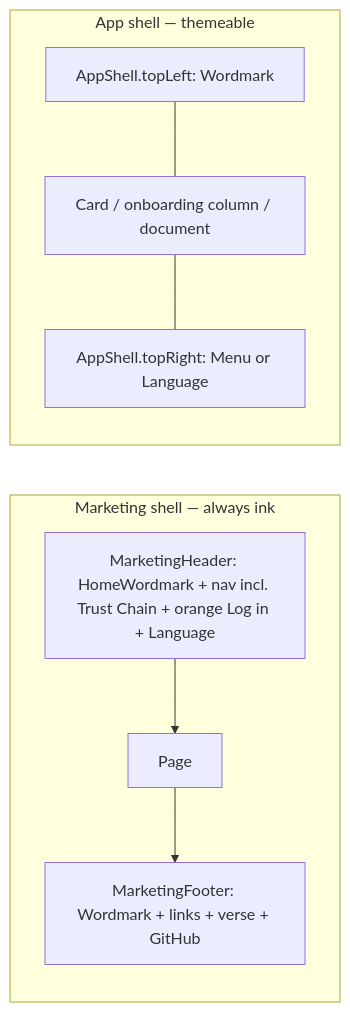
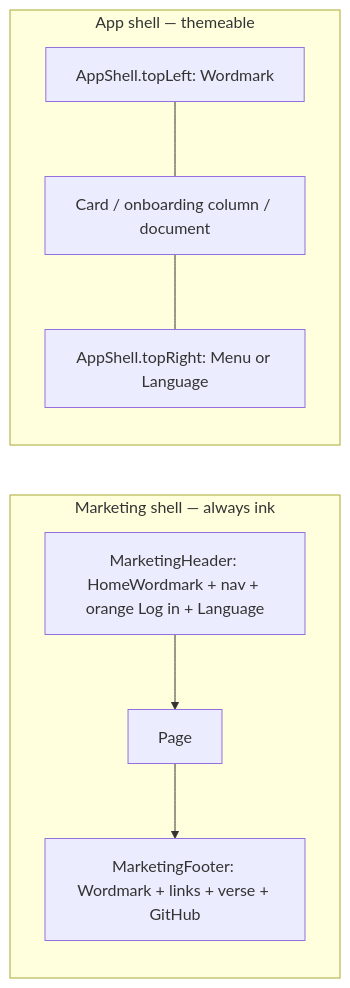
One commit to 21gifts/app changed the third of 3 diagrams in docs/ui.md. Above: the diagram before and after it, drawn with Mermaid. The commit also changed other lines of this file and 26 other files, not shown here.

First line of the commit message:
01a0abad - Show the Trust Chain only when signed in

````diff
--- a/docs/ui.md
+++ b/docs/ui.md
@@ -433,15 +433,15 @@
 ```mermaid
 flowchart LR
   subgraph marketingShell [Marketing shell — always ink]
-    MH[MarketingHeader: HomeWordmark + nav incl. Trust Chain + orange Log in + Language]
+    MH[MarketingHeader: HomeWordmark + nav + orange Log in + Language]
     MC[Page]
     MF[MarketingFooter: Wordmark + links + verse + GitHub]
   end
   subgraph appShell [App shell — themeable]
     PL[AppShell.topLeft: Wordmark]
     PR[AppShell.topRight: Menu or Language]
     BODY[Card / onboarding column / document]
   end
   MH --> MC --> MF
   PL --- BODY --- PR
 ```
````
